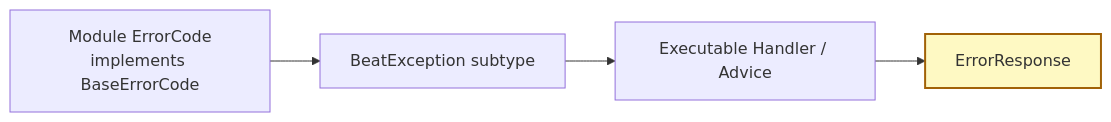
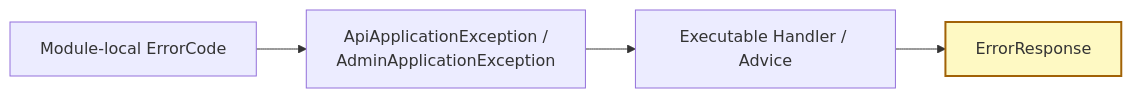
The second of 2 diagrams in global-support/README.md (TEAM-BEAT/BEAT-SERVER), drawn with Mermaid before and after one commit. The commit also changed other lines of this file and 210 other files, not shown here.

````diff
--- a/global-support/README.md
+++ b/global-support/README.md
@@ -310,13 +291,13 @@
 ```mermaid
 flowchart LR
-    ErrorCode[Module ErrorCode<br/>implements BaseErrorCode]
-    Exception[BeatException subtype]
+    ErrorCode[Module-local ErrorCode]
+    Exception[ApiApplicationException /<br/>AdminApplicationException]
     Handler[Executable Handler / Advice]
     Response[ErrorResponse]
 
     ErrorCode --> Exception
     Exception --> Handler
     Handler --> Response
 
     style Response fill:#fef9c3,stroke:#a16207,stroke-width:2px
 ```
````
